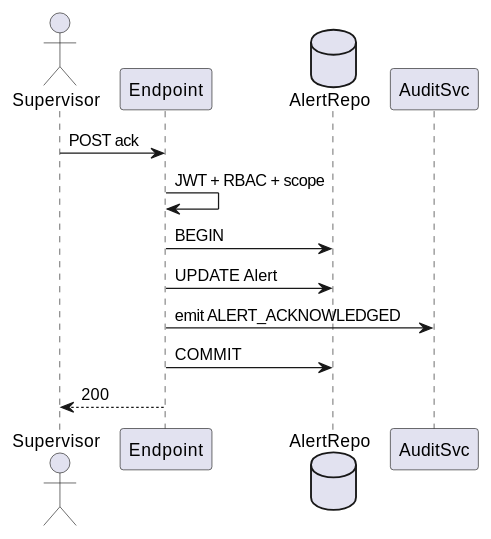
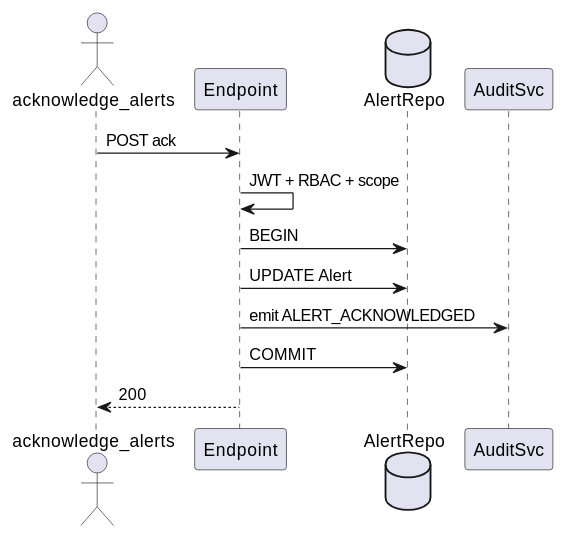
One commit to jcg-admin/IACT-docs changed the fourth of 4 diagrams in source/requisitos/casos-uso/alerts/uc-alr-03/diagramas-uml.rst. Above: the diagram before and after it, drawn with PlantUML. The commit also changed other lines of this file and 77 other files, not shown here.

First line of the commit message:
Enforce RBAC function names as actors in all UML diagrams

```diff
--- a/source/requisitos/casos-uso/alerts/uc-alr-03/diagramas-uml.rst
+++ b/source/requisitos/casos-uso/alerts/uc-alr-03/diagramas-uml.rst
@@ -65,16 +65,16 @@
 .. uml::
 
  @startuml
- actor "Supervisor" as S
+ actor "acknowledge_alerts" as S
  participant "Endpoint" as E
  database "AlertRepo" as A
  participant "AuditSvc" as AU
 
  S -> E: POST ack
  E -> E: JWT + RBAC + scope
  E -> A: BEGIN
  E -> A: UPDATE Alert
  E -> AU: emit ALERT_ACKNOWLEDGED
  E -> A: COMMIT
  E --> S: 200
  @enduml
```
